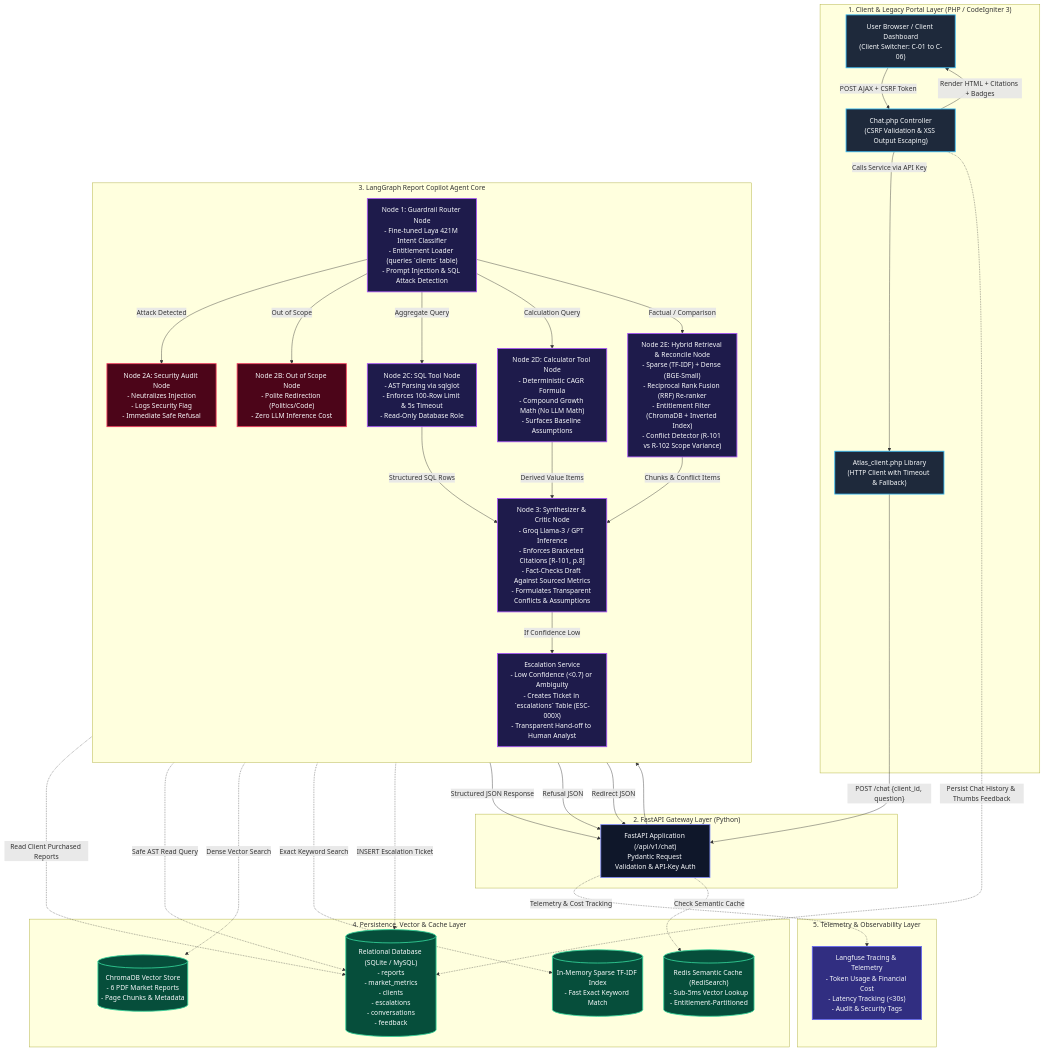
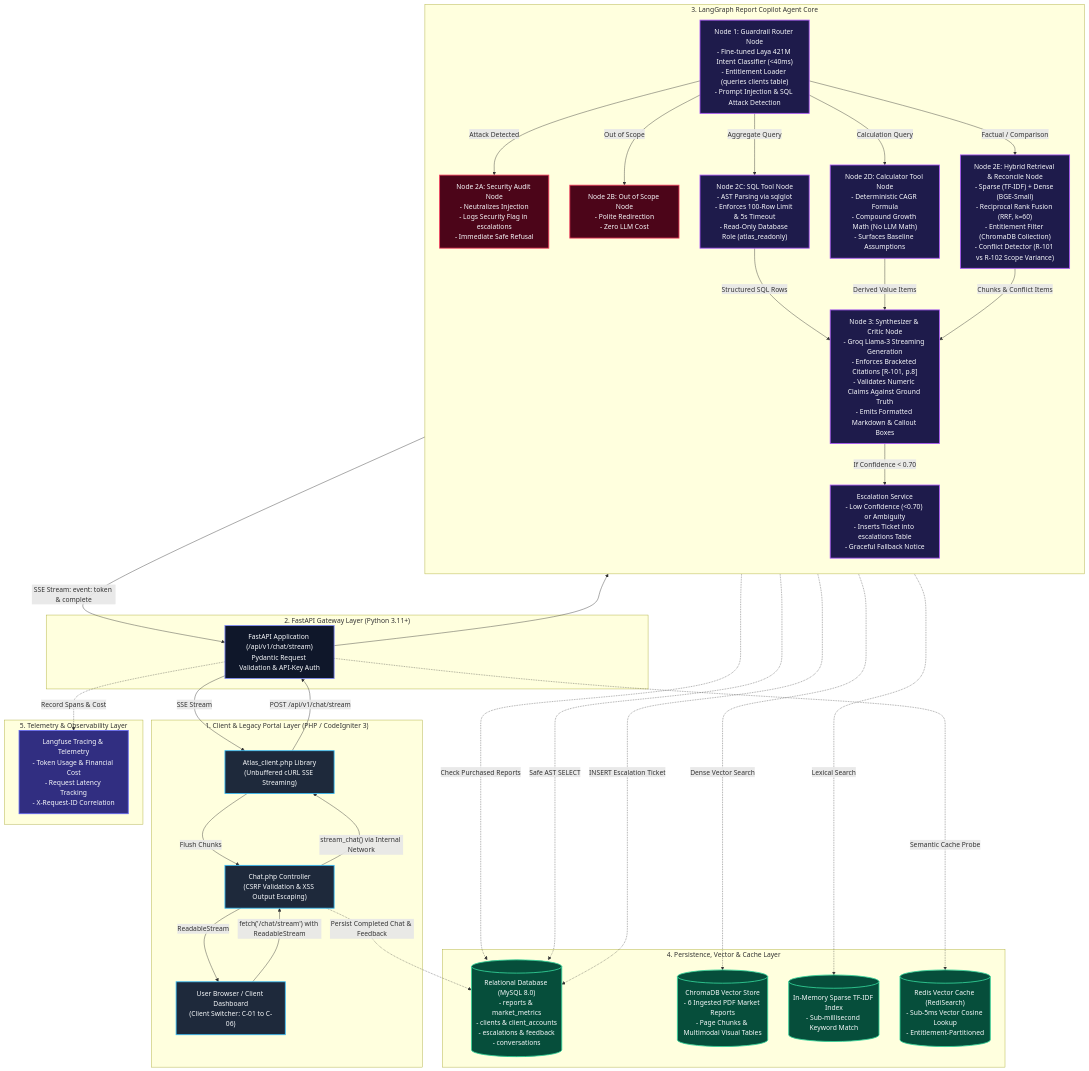
One commit to suyash-rgb/Project-Atlas changed the diagram in README.md. Above: the diagram before and after it, drawn with Mermaid. The commit also changed other lines of this file, not shown here.

Commit message:
docs: restructure README with evaluator quickstart first, architecture diagrams, and port maps

````diff
--- a/README.md
+++ b/README.md
@@ -29,41 +227,37 @@
     subgraph ClientLayer ["1. Client & Legacy Portal Layer (PHP / CodeIgniter 3)"]
         Browser["User Browser / Client Dashboard\n(Client Switcher: C-01 to C-06)"]:::portal
         CI3_Controller["Chat.php Controller\n(CSRF Validation & XSS Output Escaping)"]:::portal
-        CI3_Lib["Atlas_client.php Library\n(HTTP Client with Timeout & Fallback)"]:::portal
+        CI3_Lib["Atlas_client.php Library\n(Unbuffered cURL SSE Streaming)"]:::portal
         
-        Browser -->|"POST AJAX + CSRF Token"| CI3_Controller
-        CI3_Controller -->|"Calls Service via API Key"| CI3_Lib
+        Browser -->|"fetch('/chat/stream') with ReadableStream"| CI3_Controller
+        CI3_Controller -->|"stream_chat() via Internal Network"| CI3_Lib
     end
 
-    subgraph APILayer ["2. FastAPI Gateway Layer (Python)"]
-        FastAPI_Router["FastAPI Application (/api/v1/chat)\nPydantic Request Validation & API-Key Auth"]:::api
-        CI3_Lib -->|"POST /chat {client_id, question}"| FastAPI_Router
+    subgraph APILayer ["2. FastAPI Gateway Layer (Python 3.11+)"]
+        FastAPI_Router["FastAPI Application (/api/v1/chat/stream)\nPydantic Request Validation & API-Key Auth"]:::api
+        CI3_Lib -->|"POST /api/v1/chat/stream"| FastAPI_Router
     end
 
     subgraph AgentCore ["3. LangGraph Report Copilot Agent Core"]
         direction TB
 
-        %% Entry Node
-        RouterNode["Node 1: Guardrail Router Node\n- Fine-tuned Laya 421M Intent Classifier\n- Entitlement Loader (queries `clients` table)\n- Prompt Injection & SQL Attack Detection"]:::agent
+        RouterNode["Node 1: Guardrail Router Node\n- Fine-tuned Laya 421M Intent Classifier (<40ms)\n- Entitlement Loader (queries clients table)\n- Prompt Injection & SQL Attack Detection"]:::agent
 
         FastAPI_Router --> RouterNode
 
-        %% Guardrail & Execution Nodes
-        SecurityNode["Node 2A: Security Audit Node\n- Neutralizes Injection\n- Logs Security Flag\n- Immediate Safe Refusal"]:::guardrail
-        OutOfScopeNode["Node 2B: Out of Scope Node\n- Polite Redirection (Politics/Code)\n- Zero LLM Inference Cost"]:::guardrail
+        SecurityNode["Node 2A: Security Audit Node\n- Neutralizes Injection\n- Logs Security Flag in escalations\n- Immediate Safe Refusal"]:::guardrail
+        OutOfScopeNode["Node 2B: Out of Scope Node\n- Polite Redirection\n- Zero LLM Cost"]:::guardrail
         
-        SQLNode["Node 2C: SQL Tool Node\n- AST Parsing via sqlglot\n- Enforces 100-Row Limit & 5s Timeout\n- Read-Only Database Role"]:::agent
+        SQLNode["Node 2C: SQL Tool Node\n- AST Parsing via sqlglot\n- Enforces 100-Row Limit & 5s Timeout\n- Read-Only Database Role (atlas_readonly)"]:::agent
         
         CalcNode["Node 2D: Calculator Tool Node\n- Deterministic CAGR Formula\n- Compound Growth Math (No LLM Math)\n- Surfaces Baseline Assumptions"]:::agent
         
-        RetrievalNode["Node 2E: Hybrid Retrieval & Reconcile Node\n- Sparse (TF-IDF) + Dense (BGE-Small)\n- Reciprocal Rank Fusion (RRF) Re-ranker\n- Entitlement Filter (ChromaDB + Inverted Index)\n- Conflict Detector (R-101 vs R-102 Scope Variance)"]:::agent
+        RetrievalNode["Node 2E: Hybrid Retrieval & Reconcile Node\n- Sparse (TF-IDF) + Dense (BGE-Small)\n- Reciprocal Rank Fusion (RRF, k=60)\n- Entitlement Filter (ChromaDB Collection)\n- Conflict Detector (R-101 vs R-102 Scope Variance)"]:::agent
 
-        %% Synthesizer & Output
-        SynthesizerNode["Node 3: Synthesizer & Critic Node\n- Groq Llama-3 / GPT Inference\n- Enforces Bracketed Citations [R-101, p.8]\n- Fact-Checks Draft Against Sourced Metrics\n- Formulates Transparent Conflicts & Assumptions"]:::agent
+        SynthesizerNode["Node 3: Synthesizer & Critic Node\n- Groq Llama-3 Streaming Generation\n- Enforces Bracketed Citations [R-101, p.8]\n- Validates Numeric Claims Against Ground Truth\n- Emits Formatted Markdown & Callout Boxes"]:::agent
 
-        EscalationHandler["Escalation Service\n- Low Confidence (<0.7) or Ambiguity\n- Creates Ticket in `escalations` Table (ESC-000X)\n- Transparent Hand-off to Human Analyst"]:::agent
+        EscalationHandler["Escalation Service\n- Low Confidence (<0.70) or Ambiguity\n- Inserts Ticket into escalations Table\n- Graceful Fallback Notice"]:::agent
 
-        %% Conditional Routing
         RouterNode -->|"Attack Detected"| SecurityNode
         RouterNode -->|"Out of Scope"| OutOfScopeNode
         RouterNode -->|"Aggregate Query"| SQLNode
@@ -74,33 +268,31 @@
         CalcNode -->|"Derived Value Items"| SynthesizerNode
         RetrievalNode -->|"Chunks & Conflict Items"| SynthesizerNode
 
-        SynthesizerNode -->|"If Confidence Low"| EscalationHandler
+        SynthesizerNode -->|"If Confidence < 0.70"| EscalationHandler
     end
 
     subgraph StorageLayer ["4. Persistence, Vector & Cache Layer"]
-        DB[("Relational Database (SQLite / MySQL)\n- reports\n- market_metrics\n- clients\n- escalations\n- conversations\n- feedback")]:::storage
-        VectorDB[("ChromaDB Vector Store\n- 6 PDF Market Reports\n- Page Chunks & Metadata")]:::storage
-        SparseIndex[("In-Memory Sparse TF-IDF Index\n- Fast Exact Keyword Match")]:::storage
-        RedisCache[("Redis Semantic Cache (RediSearch)\n- Sub-5ms Vector Lookup\n- Entitlement-Partitioned")]:::storage
+        DB[("Relational Database (MySQL 8.0)\n- reports & market_metrics\n- clients & client_accounts\n- escalations & feedback\n- conversations")]:::storage
+        VectorDB[("ChromaDB Vector Store\n- 6 Ingested PDF Market Reports\n- Page Chunks & Multimodal Visual Tables")]:::storage
+        SparseIndex[("In-Memory Sparse TF-IDF Index\n- Sub-millisecond Keyword Match")]:::storage
+        RedisCache[("Redis Vector Cache (RediSearch)\n- Sub-5ms Vector Cosine Lookup\n- Entitlement-Partitioned")]:::storage
     end
 
     subgraph ObservabilityLayer ["5. Telemetry & Observability Layer"]
-        Langfuse["Langfuse Tracing & Telemetry\n- Token Usage & Financial Cost\n- Latency Tracking (<30s)\n- Audit & Security Tags"]:::obs
+        Langfuse["Langfuse Tracing & Telemetry\n- Token Usage & Financial Cost\n- Request Latency Tracking\n- X-Request-ID Correlation"]:::obs
     end
 
-    %% Storage Connections
-    RouterNode -.->|"Read Client Purchased Reports"| DB
-    SQLNode -.->|"Safe AST Read Query"| DB
+    RouterNode -.->|"Check Purchased Reports"| DB
+    SQLNode -.->|"Safe AST SELECT"| DB
     RetrievalNode -.->|"Dense Vector Search"| VectorDB
-    RetrievalNode -.->|"Exact Keyword Search"| SparseIndex
+    RetrievalNode -.->|"Lexical Search"| SparseIndex
     EscalationHandler -.->|"INSERT Escalation Ticket"| DB
-    CI3_Controller -.->|"Persist Chat History & Thumbs Feedback"| DB
-    FastAPI_Router -.->|"Telemetry & Cost Tracking"| Langfuse
-    FastAPI_Router -.->|"Check Semantic Cache"| RedisCache
+    CI3_Controller -.->|"Persist Completed Chat & Feedback"| DB
+    FastAPI_Router -.->|"Record Spans & Cost"| Langfuse
+    FastAPI_Router -.->|"Semantic Cache Probe"| RedisCache
 
-    %% Return Path
-    SynthesizerNode -->|"Structured JSON Response"| FastAPI_Router
-    SecurityNode -->|"Refusal JSON"| FastAPI_Router
-    OutOfScopeNode -->|"Redirect JSON"| FastAPI_Router
-    CI3_Controller -->|"Render HTML + Citations + Badges"| Browser
+    SynthesizerNode -->|"SSE Stream: event: token & complete"| FastAPI_Router
+    FastAPI_Router -->|"SSE Stream"| CI3_Lib
+    CI3_Lib -->|"Flush Chunks"| CI3_Controller
+    CI3_Controller -->|"ReadableStream"| Browser
 ```
````
